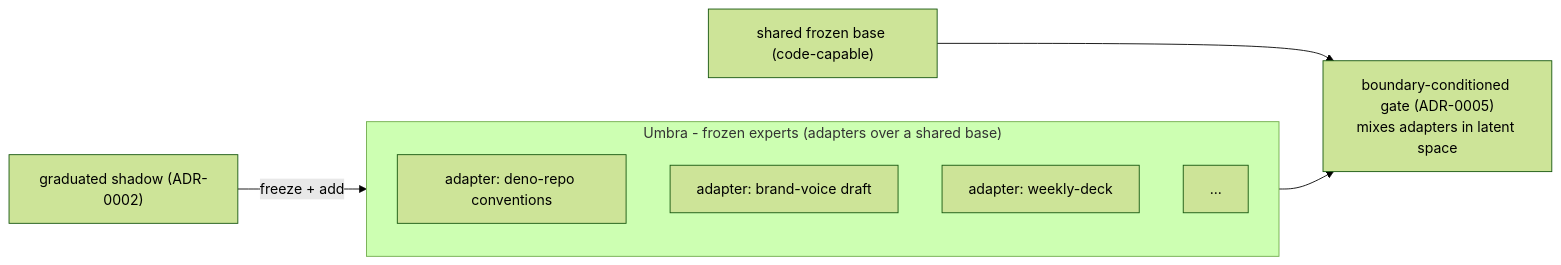
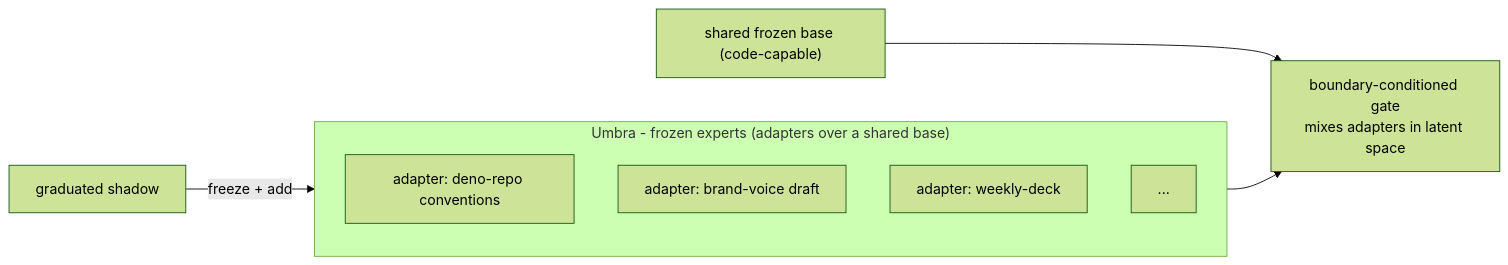
The seventh of 15 diagrams in docs/diagrams.md (albedosehen/antumbra), drawn with Mermaid (forest theme) before and after one commit. The commit also changed other lines of this file and 93 other files, not shown here.

````diff
--- a/docs/diagrams.md
+++ b/docs/diagrams.md
@@ -169,13 +168,13 @@
 ```mermaid
 flowchart LR
     subgraph POP["Umbra - frozen experts (adapters over a shared base)"]
         E1["adapter: deno-repo conventions"]
         E2["adapter: brand-voice draft"]
         E3["adapter: weekly-deck"]
         En["..."]
     end
     BASE["shared frozen base (code-capable)"]
-    new["graduated shadow (ADR-0002)"] -->|freeze + add| POP
-    POP --> GATE["boundary-conditioned gate (ADR-0005)<br/>mixes adapters in latent space"]
+    new["graduated shadow"] -->|freeze + add| POP
+    POP --> GATE["boundary-conditioned gate<br/>mixes adapters in latent space"]
     BASE --> GATE
 ```
````
